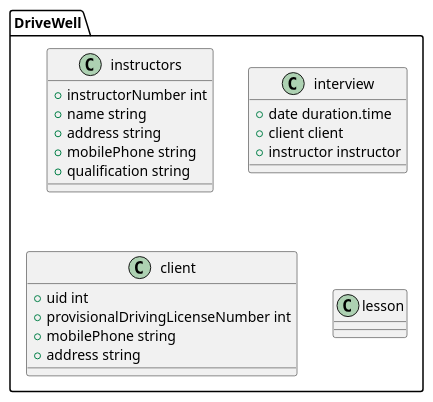
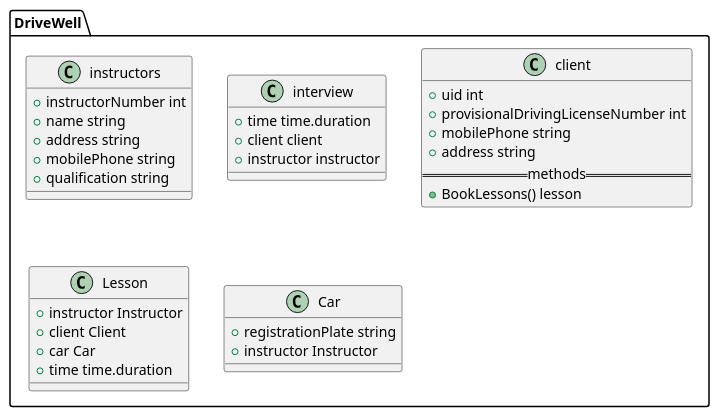
The second of 2 diagrams in CS335FZ-Software-Engineering-Software-Process/FinalExam/SUMMER 2019 EXAMINATION.md (Anxiu0101/Semester4LectureNotes), drawn with PlantUML before and after one commit.

Commit message:
vault backup: 2022-06-21 14:19:23

````diff
--- a/CS335FZ-Software-Engineering-Software-Process/FinalExam/SUMMER 2019 EXAMINATION.md
+++ b/CS335FZ-Software-Engineering-Software-Process/FinalExam/SUMMER 2019 EXAMINATION.md
@@ -37,28 +37,38 @@
 ```puml
 package DriveWell {
 	class instructors {
 		+ instructorNumber int
 		+ name string
 		+ address string
 		+ mobilePhone string
 		+ qualification string
 	}
 	
 	class interview {
-		+ date duration.time
+		+ time time.duration
 		+ client client
 		+ instructor instructor
 	}
 	
 	class client {
 		+ uid int
 		+ provisionalDrivingLicenseNumber int
 		+ mobilePhone string
 		+ address string
+		== methods ==
+		+ BookLessons() lesson
 	}
 	
-	class lesson {
-		
+	class Lesson {
+		+ instructor Instructor
+		+ client Client
+		+ car Car
+		+ time time.duration
+	}
+	
+	class Car {
+		+ registrationPlate string
+		+ instructor Instructor
 	}
 }
 ```
````
